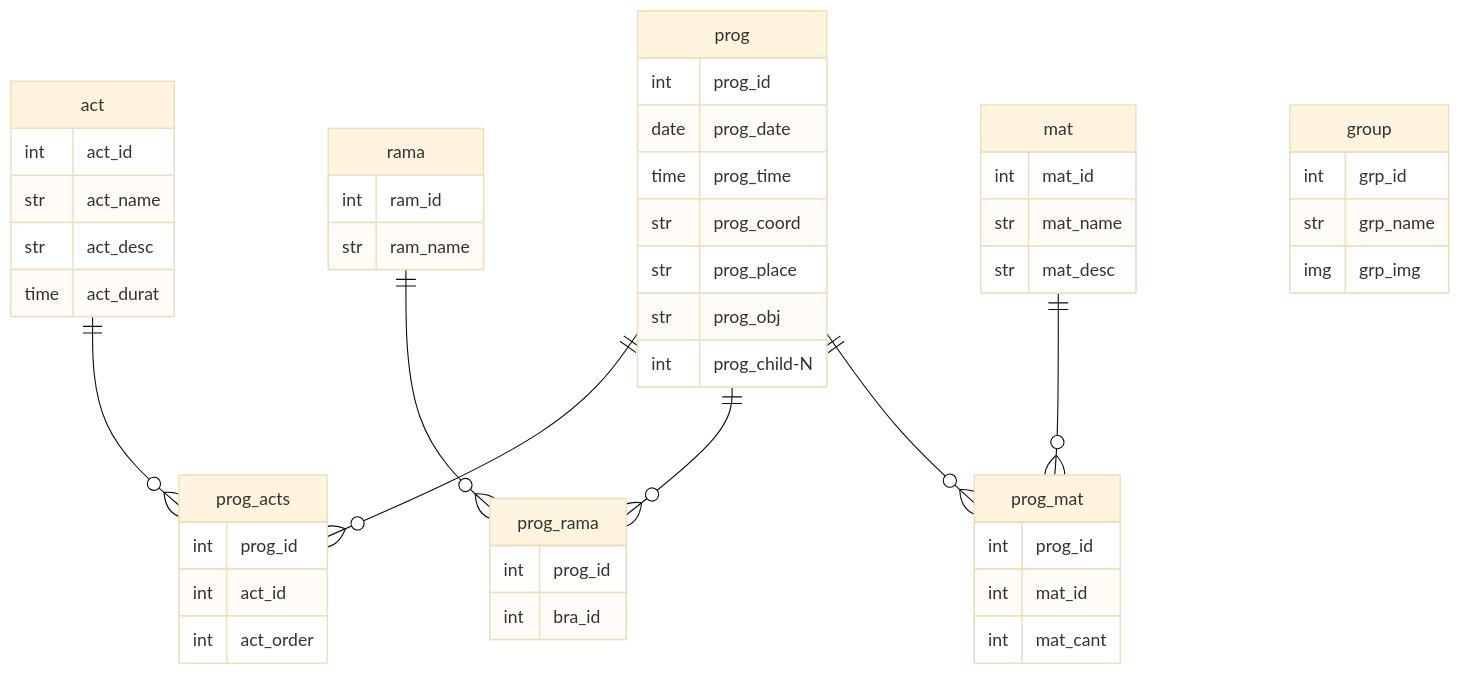
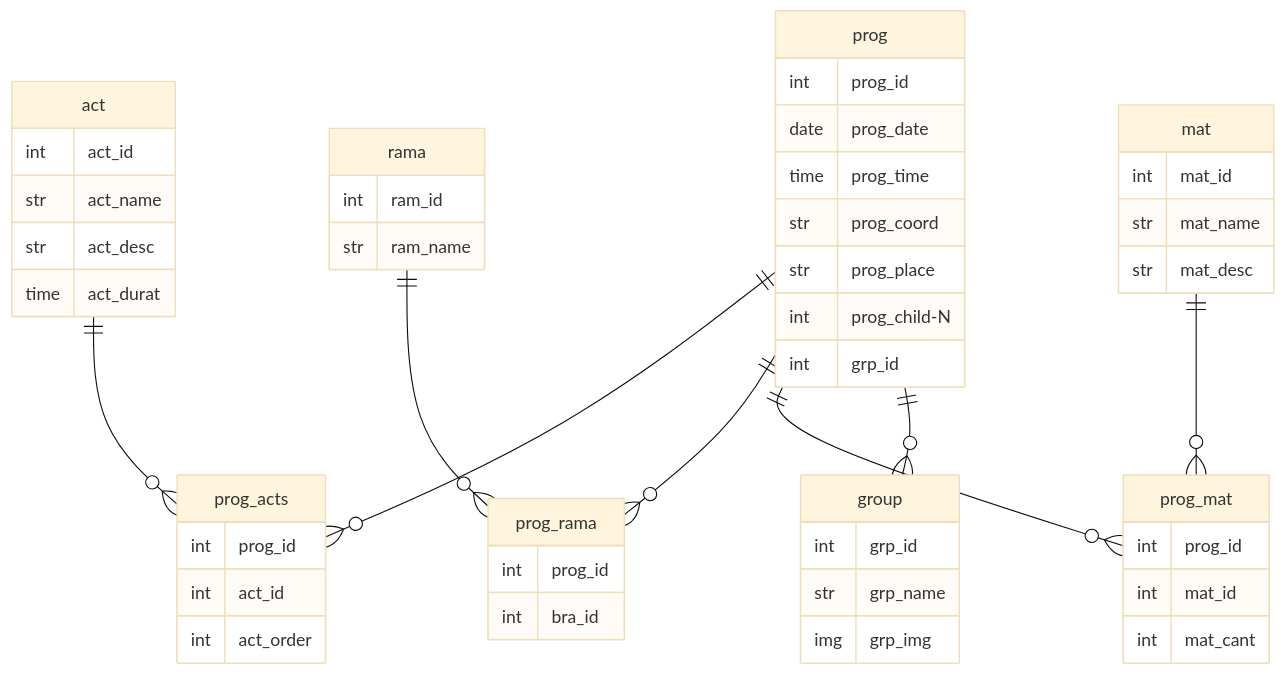
Before and after one commit to Covija97/badentracker: the third of 3 diagrams in .md/2.db.md, drawn with Mermaid (base theme). The commit also changed 1 other file, not shown here.

Commit message:
Update project planning and database design; add new tables for meetings and scout groups

````diff
--- a/.md/2.db.md
+++ b/.md/2.db.md
@@ -78,61 +78,62 @@
 ```mermaid
 erDiagram
 
     prog {
         int prog_id
         date prog_date
         time prog_time
         str prog_coord
         str prog_place
-        str prog_obj
         int prog_child-N
+        int grp_id
     }
 
     act {
         int act_id
         str act_name
         str act_desc
         time act_durat
     }
 
     rama {
         int ram_id
         str ram_name
     }
 
     mat {
         int mat_id
         str mat_name
         str mat_desc    
     }
 
     group {
         int grp_id
         str grp_name
         img grp_img
     }
 
     prog_acts {
         int prog_id
         int act_id
         int act_order
     }
 
     prog_rama {
         int prog_id
         int bra_id
     }
 
     prog_mat {
         int prog_id
         int mat_id
         int mat_cant
     }
 
     prog ||--o{ prog_acts : ""
     act ||--o{ prog_acts : ""
     rama ||--o{ prog_rama : ""
     prog ||--o{ prog_rama : ""
     mat ||--o{ prog_mat : ""
     prog ||--o{ prog_mat : ""
+    prog ||--o{ group : ""
 ```
````
